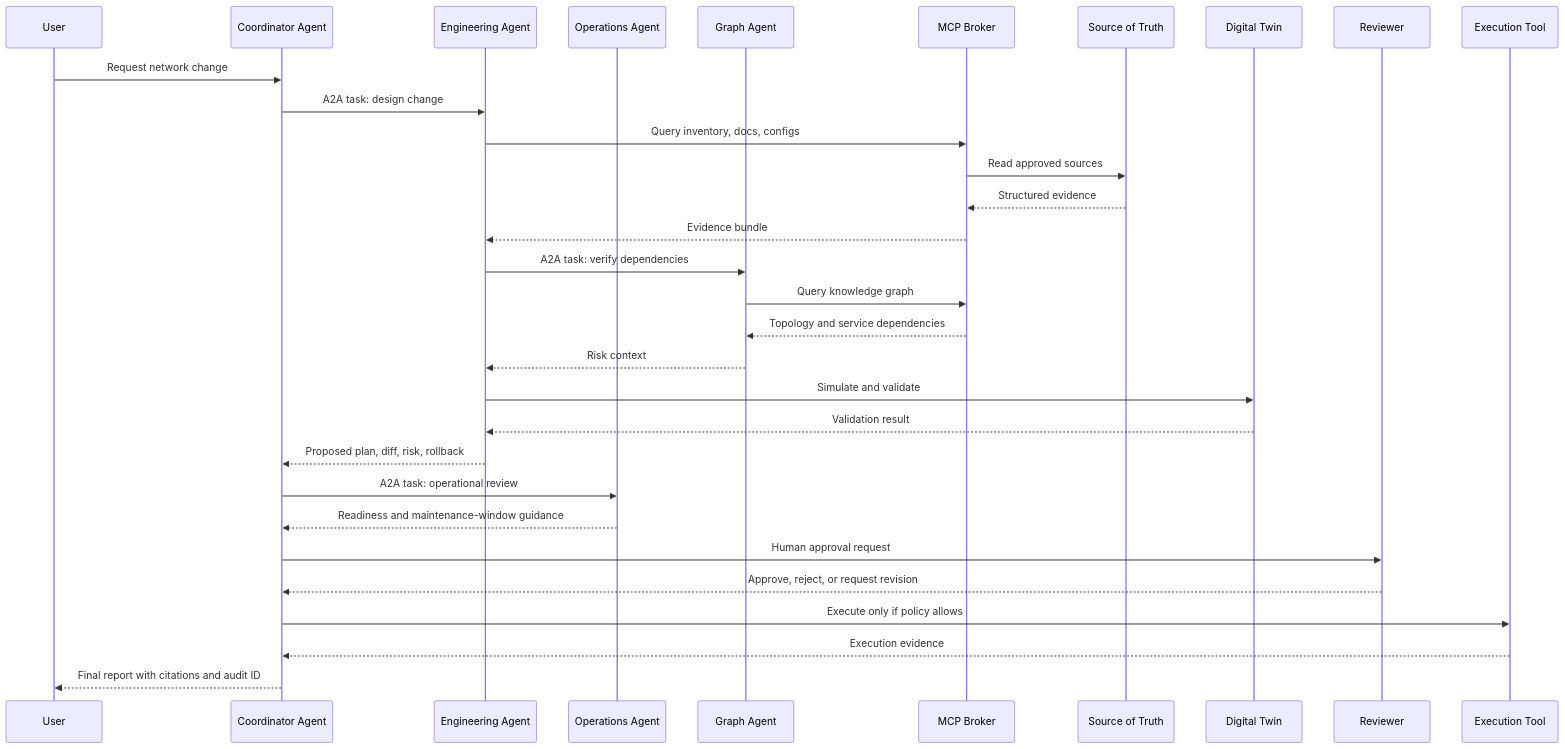
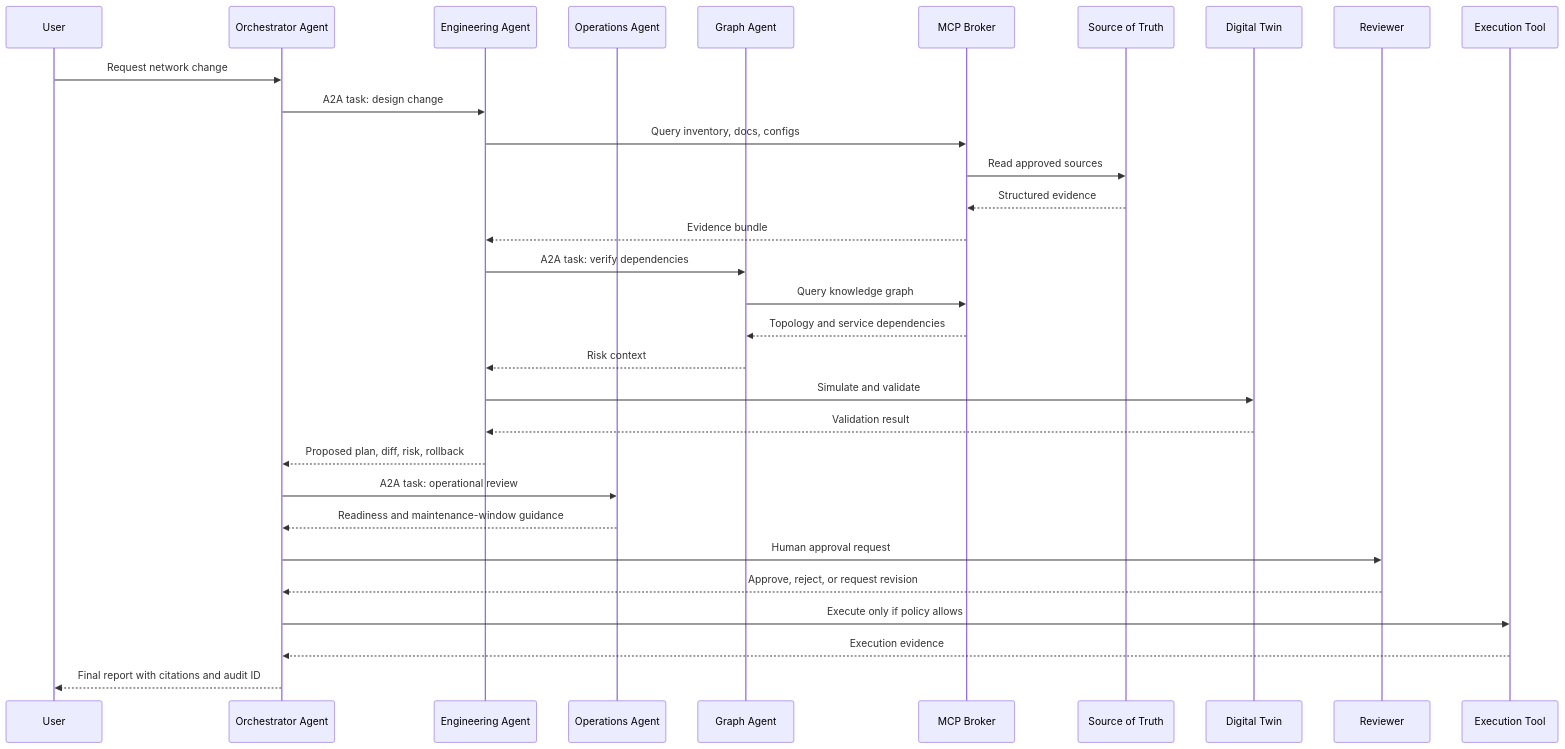
Diagram 11 of 12 in README.md (ColtMercer/the-agentic-network-platform), drawn with Mermaid before and after one commit. The commit also changed other lines of this file and 8 other files, not shown here.

````diff
--- a/README.md
+++ b/README.md
@@ -722,34 +738,34 @@
 ```mermaid
 sequenceDiagram
     participant U as User
-    participant C as Coordinator Agent
+    participant C as Orchestrator Agent
     participant E as Engineering Agent
     participant O as Operations Agent
     participant G as Graph Agent
     participant M as MCP Broker
     participant S as Source of Truth
     participant D as Digital Twin
     participant R as Reviewer
     participant X as Execution Tool
 
     U->>C: Request network change
     C->>E: A2A task: design change
     E->>M: Query inventory, docs, configs
     M->>S: Read approved sources
     S-->>M: Structured evidence
     M-->>E: Evidence bundle
     E->>G: A2A task: verify dependencies
     G->>M: Query knowledge graph
     M-->>G: Topology and service dependencies
     G-->>E: Risk context
     E->>D: Simulate and validate
     D-->>E: Validation result
     E-->>C: Proposed plan, diff, risk, rollback
     C->>O: A2A task: operational review
     O-->>C: Readiness and maintenance-window guidance
     C->>R: Human approval request
     R-->>C: Approve, reject, or request revision
     C->>X: Execute only if policy allows
     X-->>C: Execution evidence
     C-->>U: Final report with citations and audit ID
 ```
````
